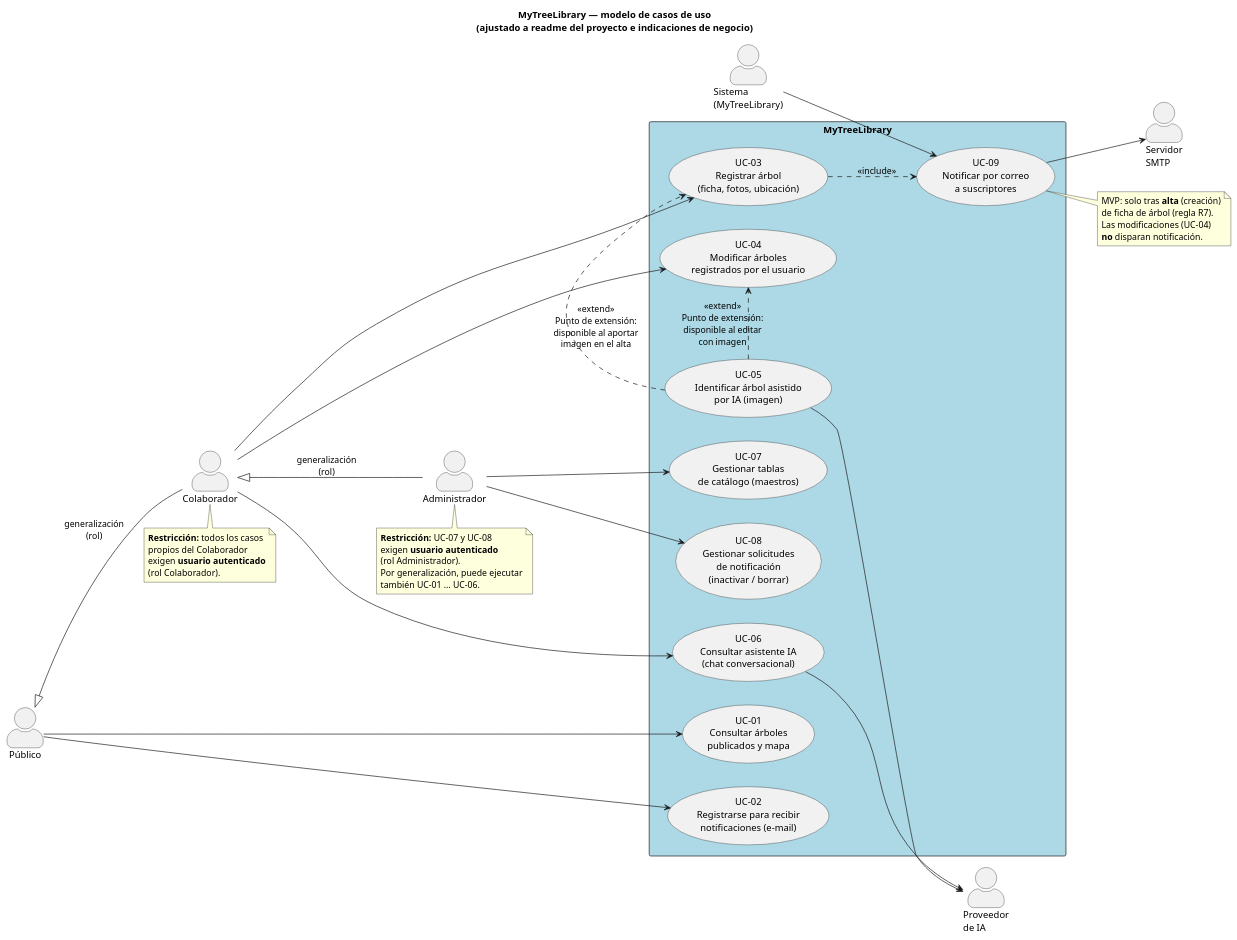
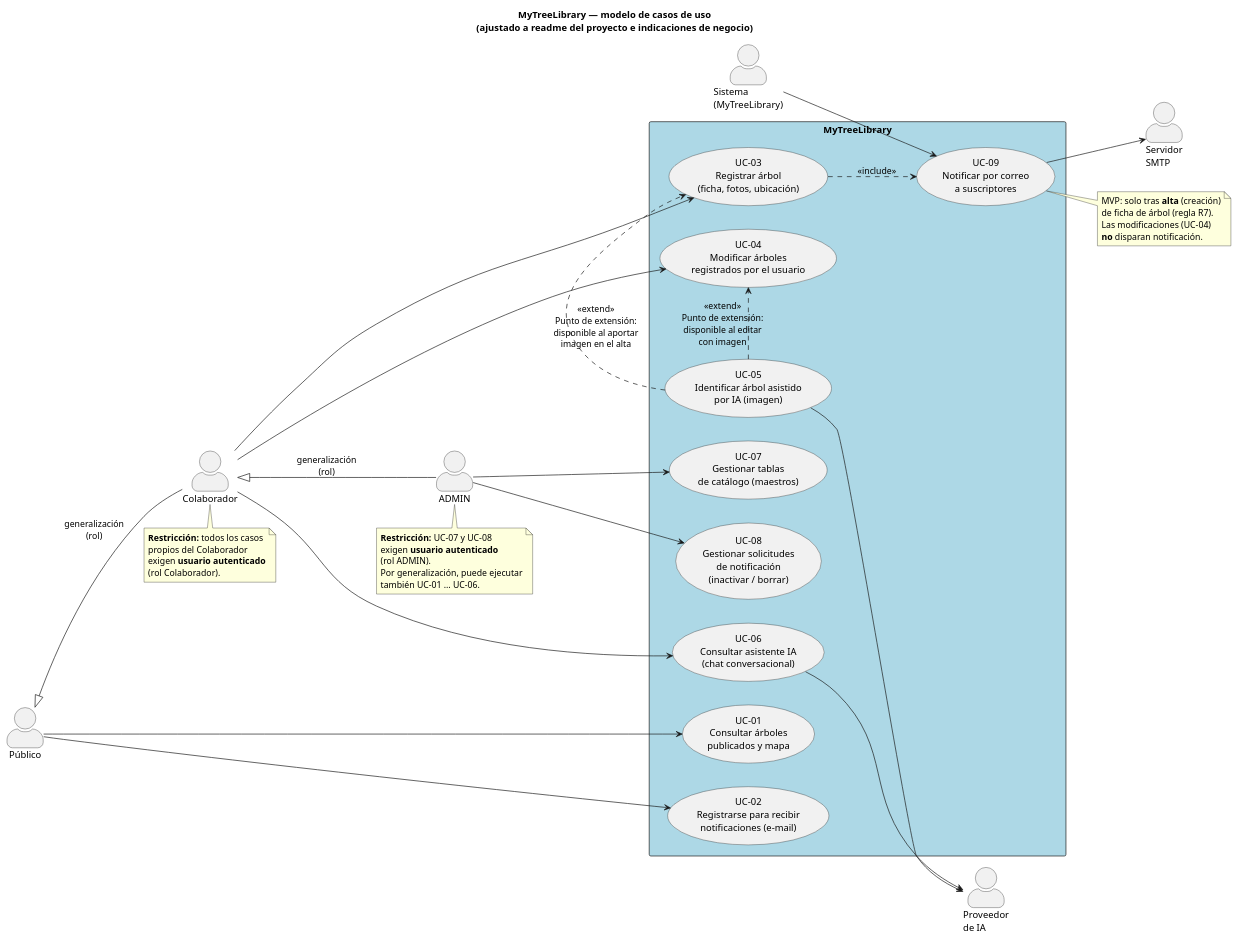
The diagram in docs/use-cases/use-case-model.puml (LIDR-academy/AI4Devs-finalproject), drawn with PlantUML before and after one commit. The commit also changed 319 other files, not shown here.

```diff
--- a/docs/use-cases/use-case-model.puml
+++ b/docs/use-cases/use-case-model.puml
@@ -1,81 +1,81 @@
 @startuml modelo_casos_uso_mtl
 title MyTreeLibrary — modelo de casos de uso\n(ajustado a readme del proyecto e indicaciones de negocio)
 
 skinparam packageStyle rectangle
 skinparam actorStyle awesome
 left to right direction
 
 actor "Público" as Publico
 actor "Colaborador" as Colaborador
-actor "Administrador" as Administrador
+actor "ADMIN" as Admin
 actor "Sistema\n(MyTreeLibrary)" as Sistema
 actor "Proveedor\nde IA" as ProvIA
 actor "Servidor\nSMTP" as SMTP
 
 Publico <|-- Colaborador : generalización\n(rol)
-Colaborador <|-- Administrador : generalización\n(rol)
+Colaborador <|-- Admin : generalización\n(rol)
 
 rectangle "MyTreeLibrary" #LightBlue {
   usecase "UC-01\nConsultar árboles\npublicados y mapa" as UC1
   usecase "UC-02\nRegistrarse para recibir\nnotificaciones (e-mail)" as UC2
 
   usecase "UC-03\nRegistrar árbol\n(ficha, fotos, ubicación)" as UC3
   usecase "UC-04\nModificar árboles\nregistrados por el usuario" as UC4
   usecase "UC-05\nIdentificar árbol asistido\npor IA (imagen)" as UC5
 
   usecase "UC-06\nConsultar asistente IA\n(chat conversacional)" as UC6
 
   usecase "UC-07\nGestionar tablas\nde catálogo (maestros)" as UC7
   usecase "UC-08\nGestionar solicitudes\nde notificación\n(inactivar / borrar)" as UC8
 
   usecase "UC-09\nNotificar por correo\na suscriptores" as UC9
 }
 
 ' --- Público (sin autenticación) ---
 Publico --> UC1
 Publico --> UC2
 
 ' --- Colaborador (requiere autenticación; hereda Público) ---
 Colaborador --> UC3
 Colaborador --> UC4
 Colaborador --> UC6
 
 UC5 .> UC3 : <<extend>>\nPunto de extensión:\ndisponible al aportar\nimagen en el alta
 UC5 .> UC4 : <<extend>>\nPunto de extensión:\ndisponible al editar\ncon imagen
 
-' --- Administrador (requiere autenticación; hereda Colaborador) ---
-Administrador --> UC7
-Administrador --> UC8
+' --- ADMIN (requiere autenticación; hereda Colaborador) ---
+Admin --> UC7
+Admin --> UC8
 
 note bottom of Colaborador
   **Restricción:** todos los casos
   propios del Colaborador
   exigen **usuario autenticado**
   (rol Colaborador).
 end note
 
-note bottom of Administrador
+note bottom of Admin
   **Restricción:** UC-07 y UC-08
   exigen **usuario autenticado**
-  (rol Administrador).
+  (rol ADMIN).
   Por generalización, puede ejecutar
   también UC-01 … UC-06.
 end note
 
 ' --- Notificaciones automáticas (sistema) ---
 Sistema --> UC9
 UC3 ..> UC9 : <<include>>
 
 note right of UC9
   MVP: solo tras **alta** (creación)
   de ficha de árbol (regla R7).
   Las modificaciones (UC-04)
   **no** disparan notificación.
 end note
 
 UC9 --> SMTP
 
 UC5 --> ProvIA
 UC6 --> ProvIA
 
 @enduml
```
